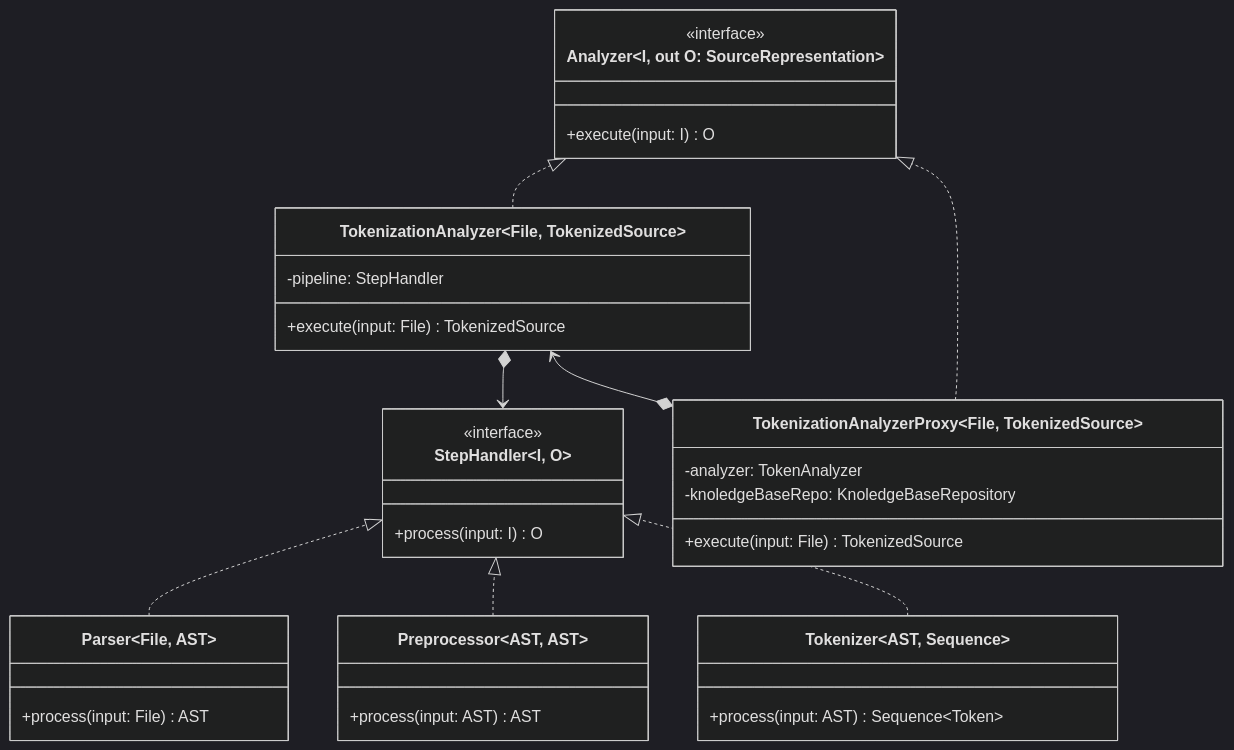
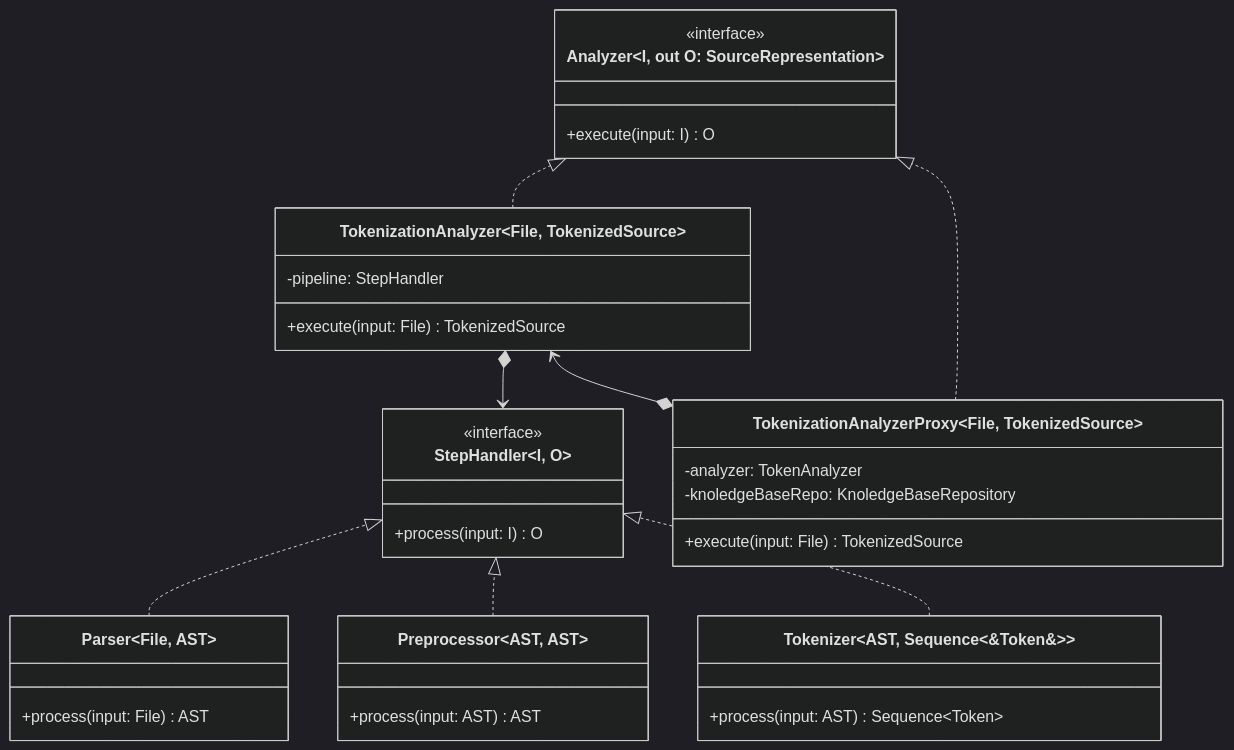
The eighth of 12 diagrams in doc.md (tassiLuca/code-plagiarism-detector-doc), drawn with Mermaid (dark theme) before and after one commit. The commit also changed other lines of this file, not shown here.

````diff
--- a/doc.md
+++ b/doc.md
@@ -291,43 +298,43 @@
 ```mermaid 
 classDiagram
     direction BT
     class Analyzer~I, out O: SourceRepresentation~ {
         <<interface>>
         +execute(input: I) O
     }
 
     class StepHandler~I, O~ {
         <<interface>>
         +process(input: I) O
     }
 
     class Parser~File, AST~ {
         +process(input: File) AST
     }
     Parser ..|> StepHandler
 
     class Preprocessor~AST, AST~ {
         +process(input: AST) AST
     }
     Preprocessor ..|> StepHandler
 
-    class Tokenizer~AST, Sequence<Token>~ {
+    class Tokenizer~AST, Sequence<&#8203;Token&#8203;>~ {
         +process(input: AST) Sequence~Token~
     }
     Tokenizer ..|> StepHandler
 
     class TokenizationAnalyzer~File, TokenizedSource~ {
         -pipeline: StepHandler
         +execute(input: File) TokenizedSource
     }
     TokenizationAnalyzer ..|> Analyzer
     StepHandler <--* TokenizationAnalyzer
 
     class TokenizationAnalyzerProxy~File, TokenizedSource~ {
         -analyzer: TokenAnalyzer
         -knoledgeBaseRepo: KnoledgeBaseRepository
         +execute(input: File) TokenizedSource
     }
     TokenizationAnalyzerProxy ..|> Analyzer
     TokenizationAnalyzerProxy *--> TokenizationAnalyzer
 ```
````
